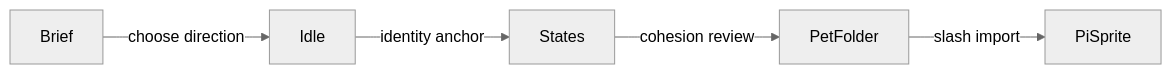
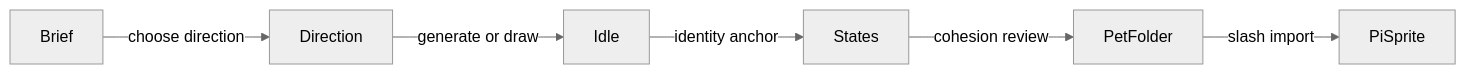
The diagram in docs/tutorials/authoring-sprites.md (safurrier/pi-sprite), drawn with Mermaid (neutral theme) before and after one commit. The commit also changed other lines of this file and 24 other files, not shown here.

````diff
--- a/docs/tutorials/authoring-sprites.md
+++ b/docs/tutorials/authoring-sprites.md
@@ -32,7 +40,8 @@
 ```mermaid
 flowchart LR
-    Brief -- choose direction --> Idle
+    Brief -- choose direction --> Direction
+    Direction -- generate or draw --> Idle
     Idle -- identity anchor --> States
     States -- cohesion review --> PetFolder
     PetFolder -- slash import --> PiSprite
 ```
````
